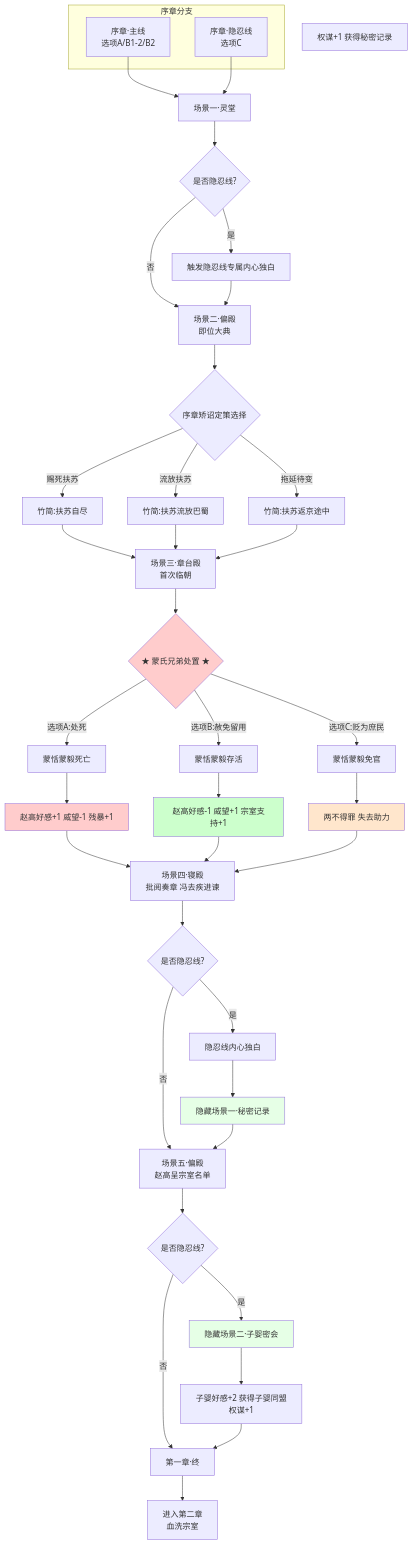
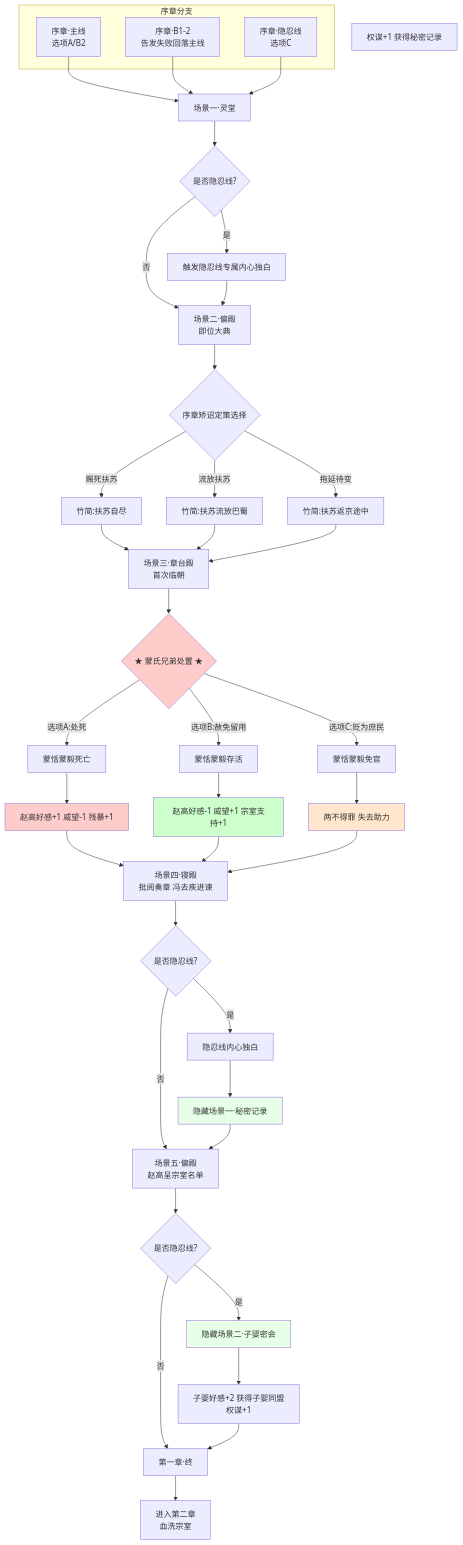
One commit to lesleygigi/huhai changed the diagram in scripts/chapter1.md. Above: the diagram before and after it, drawn with Mermaid. The commit also changed other lines of this file and 19 other files, not shown here.

````diff
--- a/scripts/chapter1.md
+++ b/scripts/chapter1.md
@@ -776,60 +790,62 @@
 ```mermaid
 flowchart TD
     subgraph 序章分支
-        S_MAIN[序章·主线<br>选项A/B1-2/B2]
+        S_MAIN[序章·主线<br>选项A/B2]
+        S_B12[序章·B1-2<br>告发失败回落主线]
         S_ININ[序章·隐忍线<br>选项C]
     end
-
+    
     S_MAIN --> C1_S1[场景一·灵堂]
+    S_B12 --> C1_S1
     S_ININ --> C1_S1
 
     C1_S1 --> C1_S1A{是否隐忍线?}
     C1_S1A -->|是| C1_S1B[触发隐忍线专属内心独白]
     C1_S1A -->|否| C1_S2
     C1_S1B --> C1_S2[场景二·偏殿<br>即位大典]
 
     C1_S2 --> C1_S2A{序章矫诏定策选择}
     C1_S2A -->|赐死扶苏| C1_S2B[竹简:扶苏自尽]
     C1_S2A -->|流放扶苏| C1_S2C[竹简:扶苏流放巴蜀]
     C1_S2A -->|拖延待变| C1_S2D[竹简:扶苏返京途中]
 
     C1_S2B --> C1_S3[场景三·章台殿<br>首次临朝]
     C1_S2C --> C1_S3
     C1_S2D --> C1_S3
 
     C1_S3 --> C1_S3A{★ 蒙氏兄弟处置 ★}
     
     C1_S3A -->|选项A:处死| C1_S3B[蒙恬蒙毅死亡]
     C1_S3B --> C1_S3B1[赵高好感+1 威望-1 残暴+1]
     C1_S3B1 --> C1_S4
     
     C1_S3A -->|选项B:赦免留用| C1_S3C[蒙恬蒙毅存活]
     C1_S3C --> C1_S3C1[赵高好感-1 威望+1 宗室支持+1]
     C1_S3C1 --> C1_S4
     
     C1_S3A -->|选项C:贬为庶民| C1_S3D[蒙恬蒙毅免官]
     C1_S3D --> C1_S3D1[两不得罪 失去助力]
     C1_S3D1 --> C1_S4
 
     C1_S4[场景四·寝殿<br>批阅奏章 冯去疾进谏] --> C1_S4A{是否隐忍线?}
     C1_S4A -->|是| C1_S4B[隐忍线内心独白]
     C1_S4A -->|否| C1_S5
     C1_S4B --> C1_H1[隐藏场景一·秘密记录]
     C1_H1 --> C1_S5[场景五·偏殿<br>赵高呈宗室名单]
     C1_H1B[权谋+1 获得秘密记录]
 
     C1_S5 --> C1_S5A{是否隐忍线?}
     C1_S5A -->|是| C1_H2[隐藏场景二·子婴密会]
     C1_S5A -->|否| C1_END
     C1_H2 --> C1_H2A[子婴好感+2 获得子婴同盟<br>权谋+1]
     C1_H2A --> C1_END
 
     C1_END[第一章·终] --> C2[进入第二章<br>血洗宗室]
 
     style C1_S3A fill:#ffcccc
     style C1_S3B1 fill:#ffcccc
     style C1_S3C1 fill:#ccffcc
     style C1_S3D1 fill:#ffe6cc
     style C1_H1 fill:#e6ffe6
     style C1_H2 fill:#e6ffe6
 ```
````
